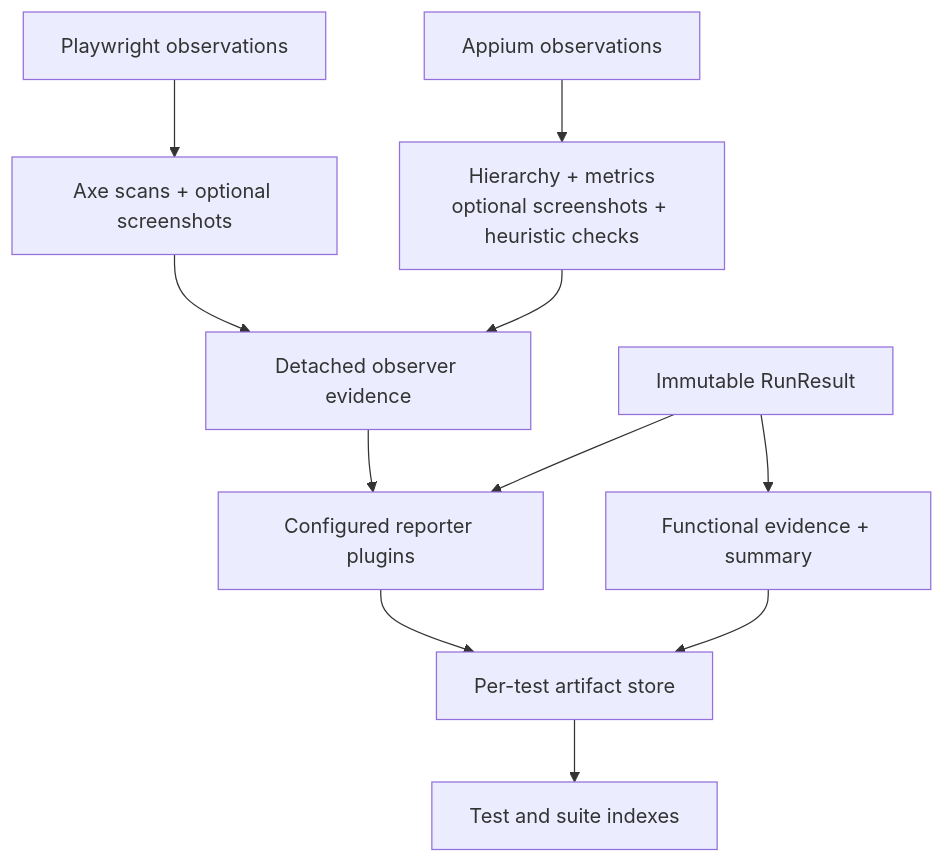
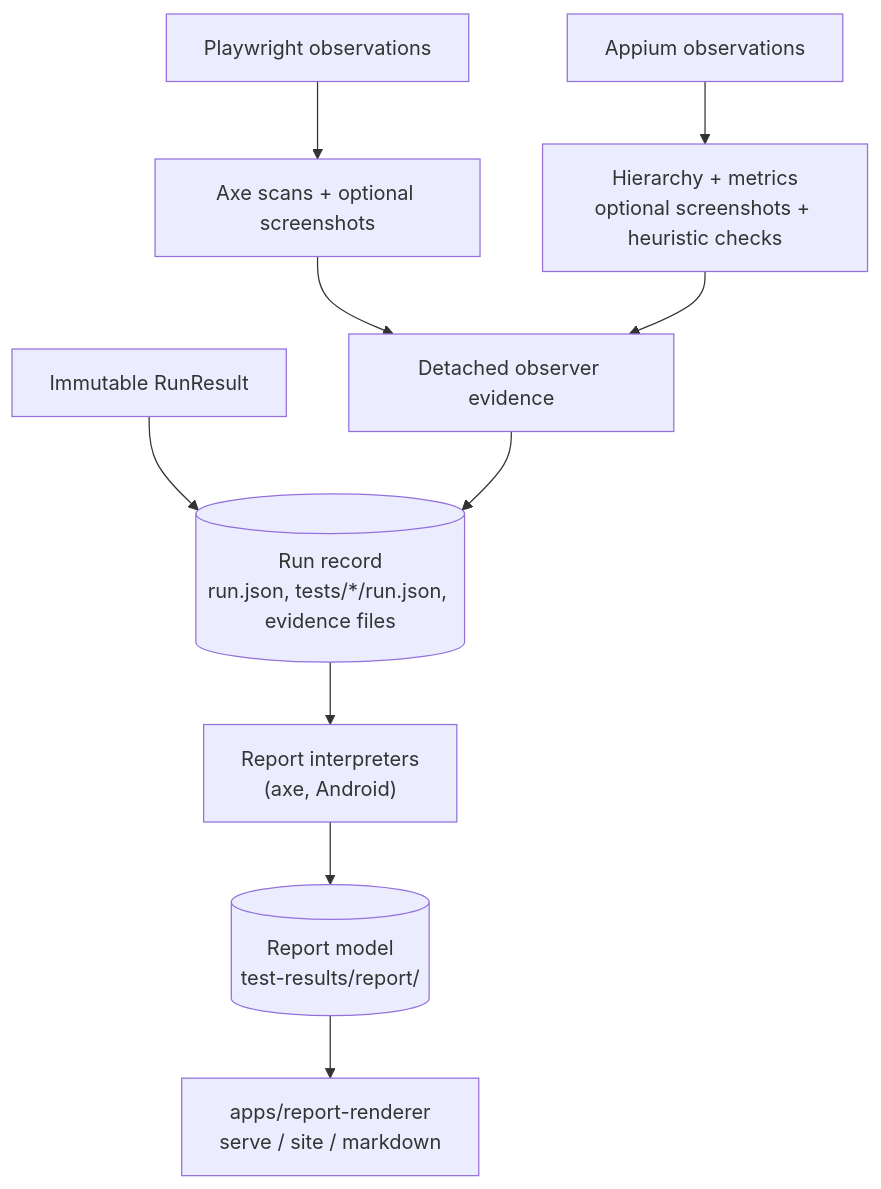
Before and after one commit to openuji/journey-mesh: the fifth of 5 diagrams in examples/nextcloud-filesharing/README.md, drawn with Mermaid. The commit also changed other lines of this file and 208 other files, not shown here.

````diff
--- a/examples/nextcloud-filesharing/README.md
+++ b/examples/nextcloud-filesharing/README.md
@@ -318,13 +334,12 @@
 ```mermaid
 flowchart TB
   web["Playwright observations"] --> axe["Axe scans + optional screenshots"]
   native["Appium observations"] --> android["Hierarchy + metrics<br/>optional screenshots + heuristic checks"]
   axe --> journals["Detached observer evidence"]
   android --> journals
-  journals --> reporting["Configured reporter plugins"]
-  result["Immutable RunResult"] --> reporting
-  result --> base["Functional evidence + summary"]
-  reporting --> artifacts["Per-test artifact store"]
-  base --> artifacts
-  artifacts --> indexes["Test and suite indexes"]
+  result["Immutable RunResult"] --> record[("Run record<br/>run.json, tests/*/run.json, evidence files")]
+  journals --> record
+  record --> interpreters["Report interpreters<br/>(axe, Android)"]
+  interpreters --> model[("Report model<br/>test-results/report/")]
+  model --> viewer["apps/report-renderer<br/>serve / site / markdown"]
 ```
````
